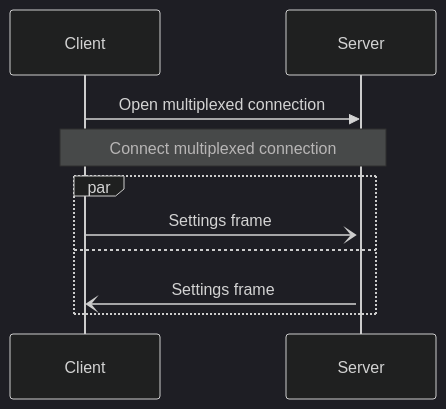
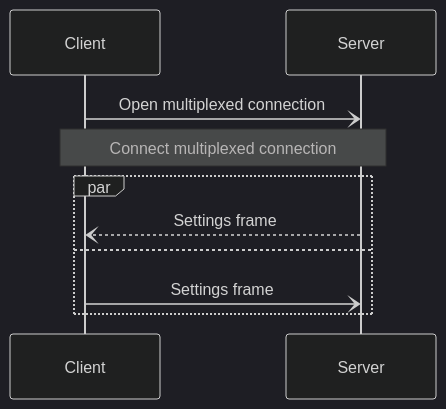
The diagram in pages/icerpc-core/icerpc-protocol/connection-establishment.md (icerpc/icerpc-docs), drawn with Mermaid (dark theme) before and after one commit.

Commit message:
More diagram update

````diff
--- a/pages/icerpc-core/icerpc-protocol/connection-establishment.md
+++ b/pages/icerpc-core/icerpc-protocol/connection-establishment.md
@@ -30,11 +30,10 @@
 ```mermaid
 sequenceDiagram
-    Client->>Server: Open multiplexed connection
-    activate Server
+    Client-)Server: Open multiplexed connection
     Note over Client,Server: Connect multiplexed connection
     par
+        Server--)Client: Settings frame
+    and
         Client-)Server: Settings frame
-    and
-        Server-)Client: Settings frame
     end
 ```
````
